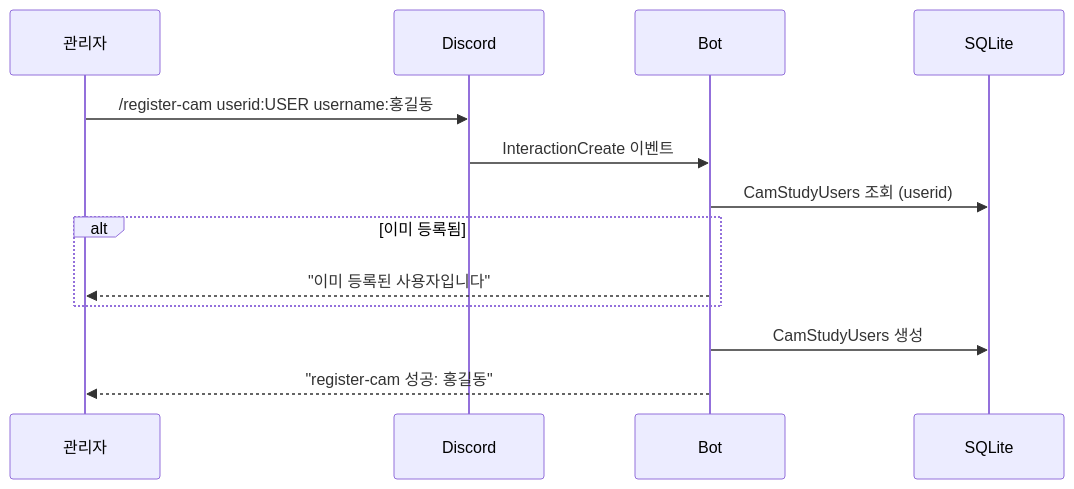
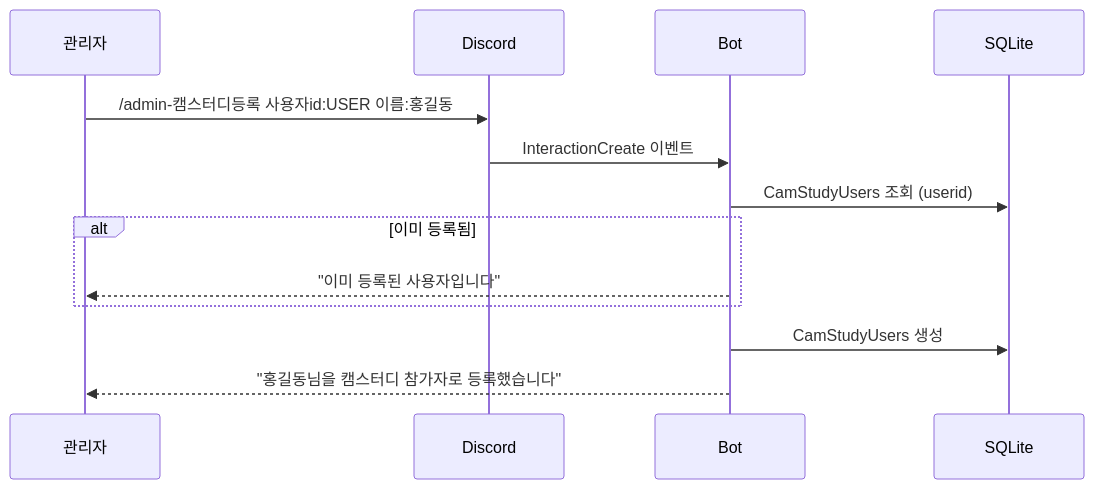
The tenth of 16 diagrams in docs/USER_STORIES.md (honki12345/haruharu-discord-bot), drawn with Mermaid before and after one commit. The commit also changed other lines of this file and 16 other files, not shown here.

````diff
--- a/docs/USER_STORIES.md
+++ b/docs/USER_STORIES.md
@@ -427,19 +429,19 @@
 ```mermaid
 sequenceDiagram
     participant A as 관리자
     participant D as Discord
     participant B as Bot
     participant DB as SQLite
 
-    A->>D: /register-cam userid:USER username:홍길동
+    A->>D: /admin-캠스터디등록 사용자id:USER 이름:홍길동
 
     D->>B: InteractionCreate 이벤트
 
     B->>DB: CamStudyUsers 조회 (userid)
     alt 이미 등록됨
         B-->>A: "이미 등록된 사용자입니다"
     end
 
     B->>DB: CamStudyUsers 생성
-    B-->>A: "register-cam 성공: 홍길동"
+    B-->>A: "홍길동님을 캠스터디 참가자로 등록했습니다"
 ```
````
